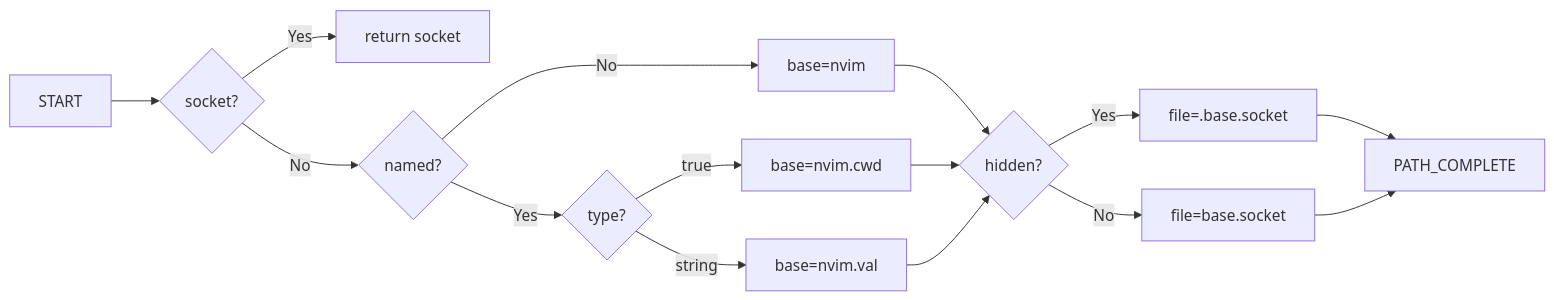
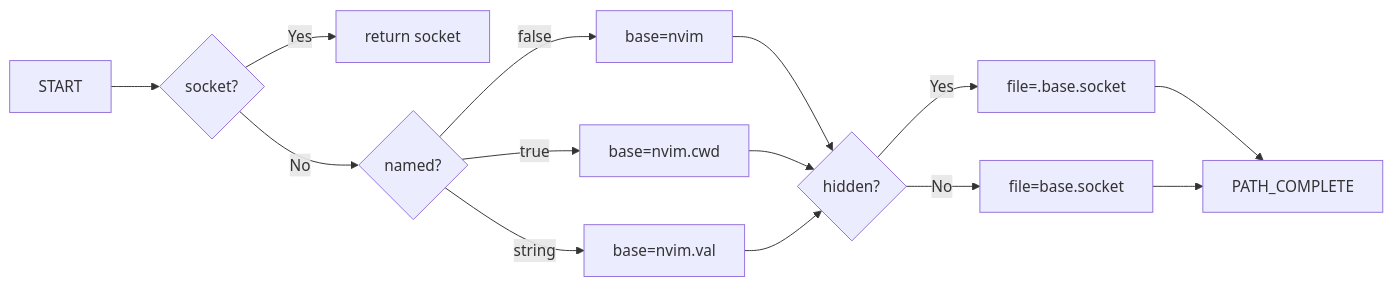
The second of 2 diagrams in README.md (rektide/nvim-auto-listen), drawn with Mermaid before and after one commit.

Commit message:
simplify mermaid

````diff
--- a/README.md
+++ b/README.md
@@ -63,17 +63,16 @@
 ```mermaid
 flowchart LR
     START --> IS_SOCKET{socket?}
     IS_SOCKET -->|Yes| RETURN_SOCKET[return socket]
     IS_SOCKET -->|No| IS_NAMED{named?}
-    IS_NAMED -->|No| BASE_NAMED[base=nvim]
-    IS_NAMED -->|Yes| IS_TYPE{type?}
-    IS_TYPE -->|true| BASE_CWD[base=nvim.cwd]
-    IS_TYPE -->|string| BASE_CUSTOM[base=nvim.val]
+    IS_NAMED -->|false| BASE_NAMED[base=nvim]
+    IS_NAMED -->|true| BASE_CWD[base=nvim.cwd]
+    IS_NAMED -->|string| BASE_CUSTOM[base=nvim.val]
     BASE_NAMED --> IS_HIDDEN{hidden?}
     BASE_CWD --> IS_HIDDEN
     BASE_CUSTOM --> IS_HIDDEN
     IS_HIDDEN -->|Yes| ADD_DOT[file=.base.socket]
     IS_HIDDEN -->|No| NO_DOT[file=base.socket]
     ADD_DOT --> PATH_COMPLETE
     NO_DOT --> PATH_COMPLETE
 ```
````
